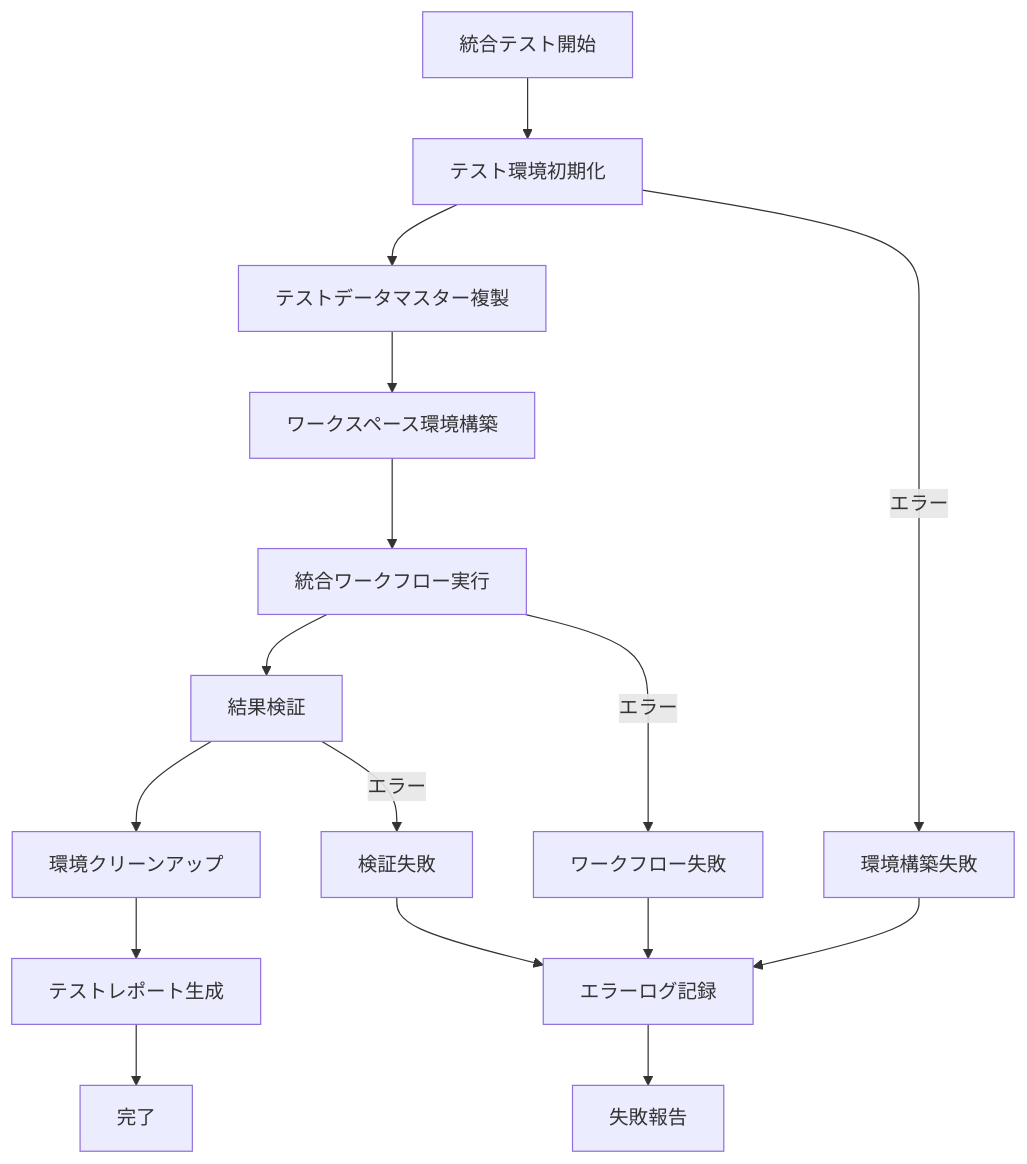
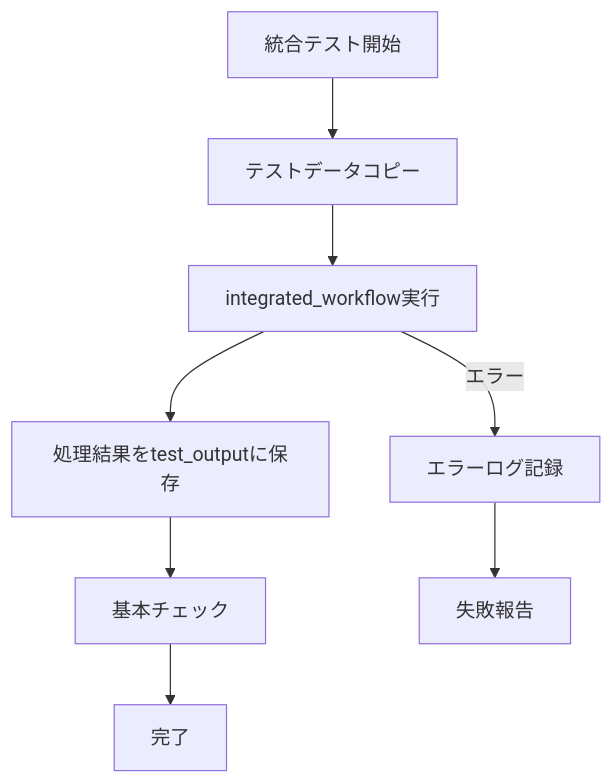
The diagram in code/contexts/integrated_testing_specification.md (shuu5/ObsClippingsManager), drawn with Mermaid before and after one commit. The commit also changed other lines of this file and 2 other files, not shown here.

````diff
--- a/code/contexts/integrated_testing_specification.md
+++ b/code/contexts/integrated_testing_specification.md
@@ -9,19 +9,11 @@
 ```mermaid
 flowchart TD
-    A["統合テスト開始"] --> B["テスト環境初期化"]
-    B --> C["テストデータマスター複製"]
-    C --> D["ワークスペース環境構築"]
-    D --> E["統合ワークフロー実行"]
-    E --> F["結果検証"]
-    F --> G["環境クリーンアップ"]
-    G --> H["テストレポート生成"]
-    H --> I["完了"]
+    A["統合テスト開始"] --> B["テストデータコピー"]
+    B --> C["integrated_workflow実行"]  
+    C --> D["処理結果をtest_outputに保存"]
+    D --> E["基本チェック"]
+    E --> F["完了"]
     
-    B -->|エラー| J["環境構築失敗"]
-    E -->|エラー| K["ワークフロー失敗"]
-    F -->|エラー| L["検証失敗"]
-    J --> M["エラーログ記録"]
-    K --> M
-    L --> M
-    M --> N["失敗報告"]
+    C -->|エラー| G["エラーログ記録"]
+    G --> H["失敗報告"]
 ```
````
